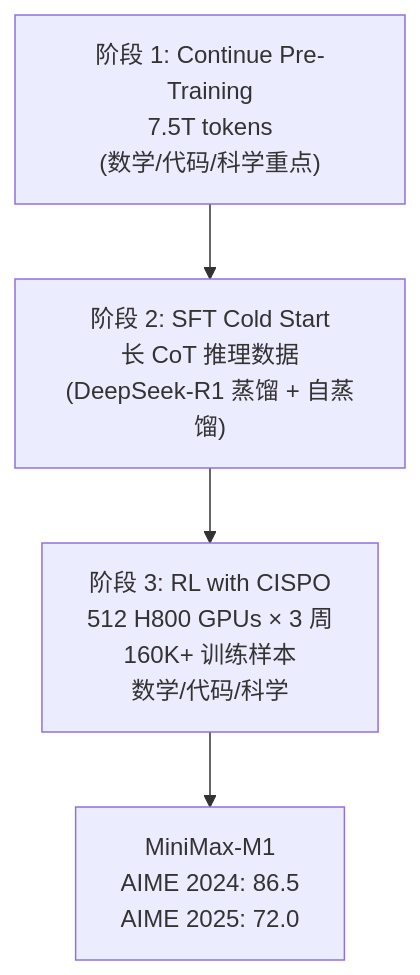
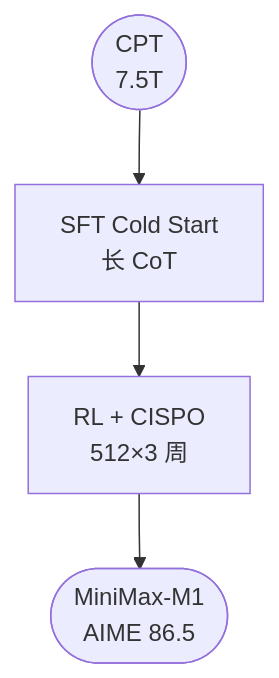
The second of 3 diagrams in docs/post-training/ch2/2.4-minimax.md (XavierZhang2002/agentic-rl-analysis), drawn with Mermaid before and after one commit. The commit also changed other lines of this file and 12 other files, not shown here.

First line of the commit message:
refactor: 全站 Mermaid 图表结构优化 (13 文件 23 图)

````diff
--- a/docs/post-training/ch2/2.4-minimax.md
+++ b/docs/post-training/ch2/2.4-minimax.md
@@ -113,6 +115,6 @@
 ```mermaid
 flowchart TD
-    S1["阶段 1: Continue Pre-Training\n7.5T tokens\n(数学/代码/科学重点)"] --> S2["阶段 2: SFT Cold Start\n长 CoT 推理数据\n(DeepSeek-R1 蒸馏 + 自蒸馏)"]
-    S2 --> S3["阶段 3: RL with CISPO\n512 H800 GPUs × 3 周\n160K+ 训练样本\n数学/代码/科学"]
-    S3 --> Final["MiniMax-M1\nAIME 2024: 86.5\nAIME 2025: 72.0"]
+    S1([CPT\n7.5T]) --> S2[SFT Cold Start\n长 CoT]
+    S2 --> S3[RL + CISPO\n512×3 周]
+    S3 --> Final([MiniMax-M1\nAIME 86.5])
 ```
````
